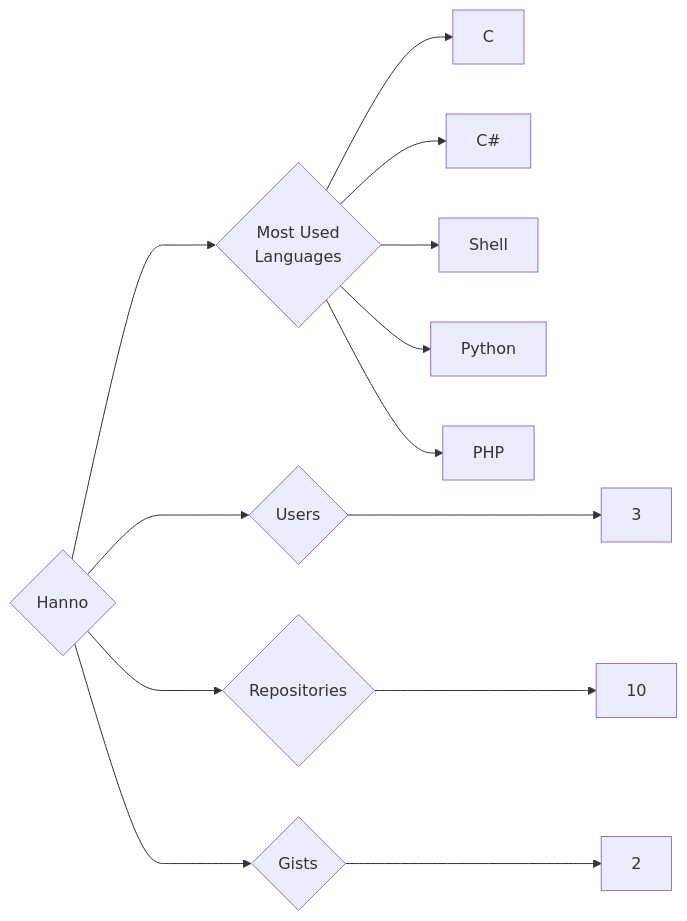
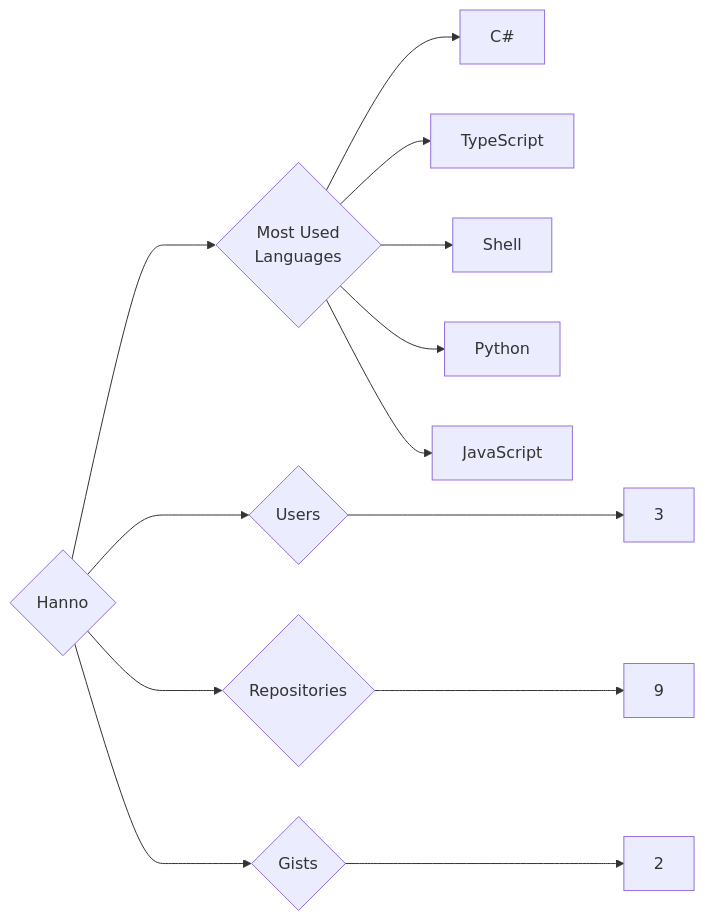
One commit to trickest/insiders changed the diagram in targets/Hanno/README.md. Above: the diagram before and after it, drawn with Mermaid. The commit also changed 930 other files, not shown here.

````diff
--- a/targets/Hanno/README.md
+++ b/targets/Hanno/README.md
@@ -3,13 +3,13 @@
 ```mermaid
 graph LR
 COMPANY_NAME{Hanno}
 COMPANY_NAME ---> U{Users} ---> UN[3]
-COMPANY_NAME ---> R{Repositories} ---> RN[10]
+COMPANY_NAME ---> R{Repositories} ---> RN[9]
 COMPANY_NAME ---> G{Gists} ---> GN[2]
 COMPANY_NAME ---> ML{Most Used<br>Languages}
-ML --> C[C]
 ML --> C#[C#]
+ML --> TypeScript[TypeScript]
 ML --> Shell[Shell]
 ML --> Python[Python]
-ML --> PHP[PHP]
+ML --> JavaScript[JavaScript]
 ```
````
